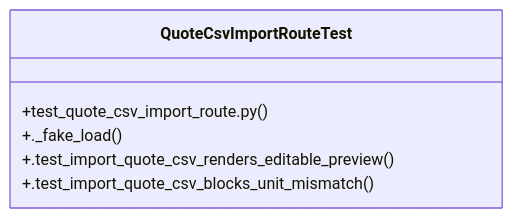
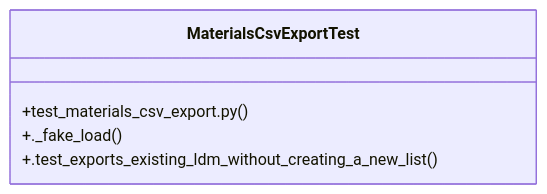
One commit to Daftrick/ProjectTracker changed the diagram in graphify-out/wiki/Community_36.md. Above: the diagram before and after it, drawn with Mermaid. The commit also changed other lines of this file and 471 other files, not shown here.

````diff
--- a/graphify-out/wiki/Community_36.md
+++ b/graphify-out/wiki/Community_36.md
@@ -16,9 +16,8 @@
 ```mermaid
 classDiagram
-    class QuoteCsvImportRouteTest {
-        +test_quote_csv_import_route.py()
+    class MaterialsCsvExportTest {
+        +test_materials_csv_export.py()
         +._fake_load()
-        +.test_import_quote_csv_renders_editable_preview()
-        +.test_import_quote_csv_blocks_unit_mismatch()
+        +.test_exports_existing_ldm_without_creating_a_new_list()
     }
 ```
````
